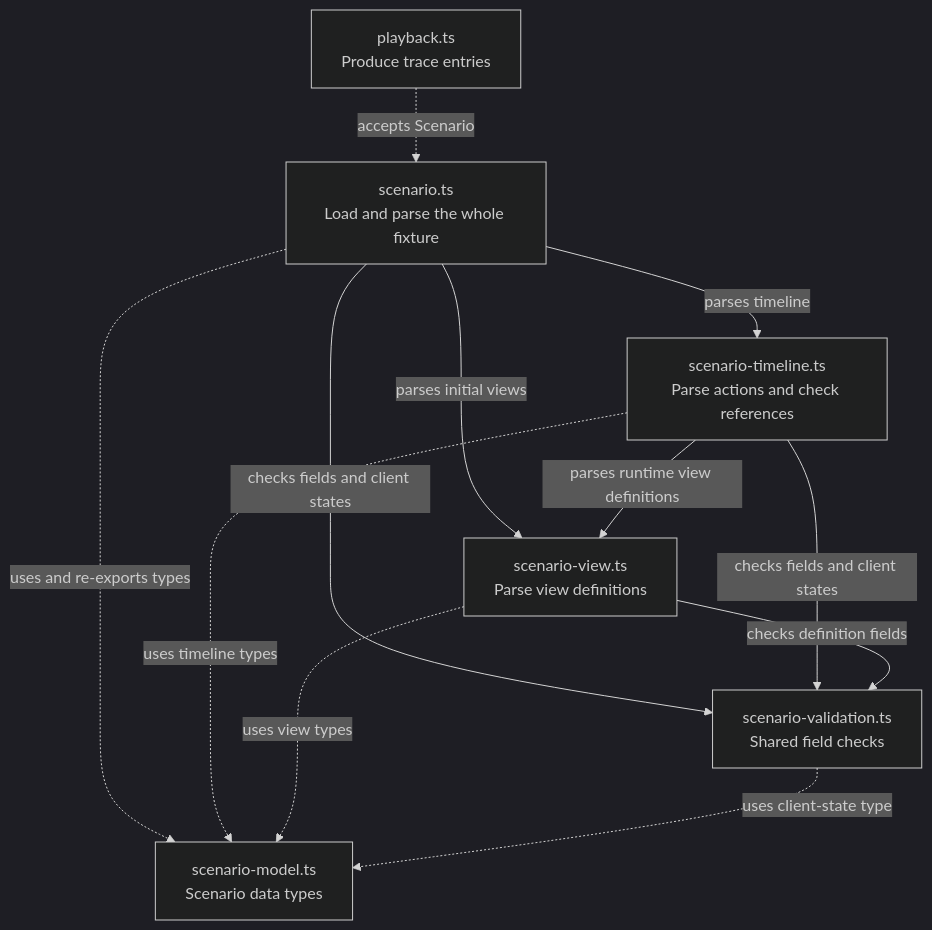
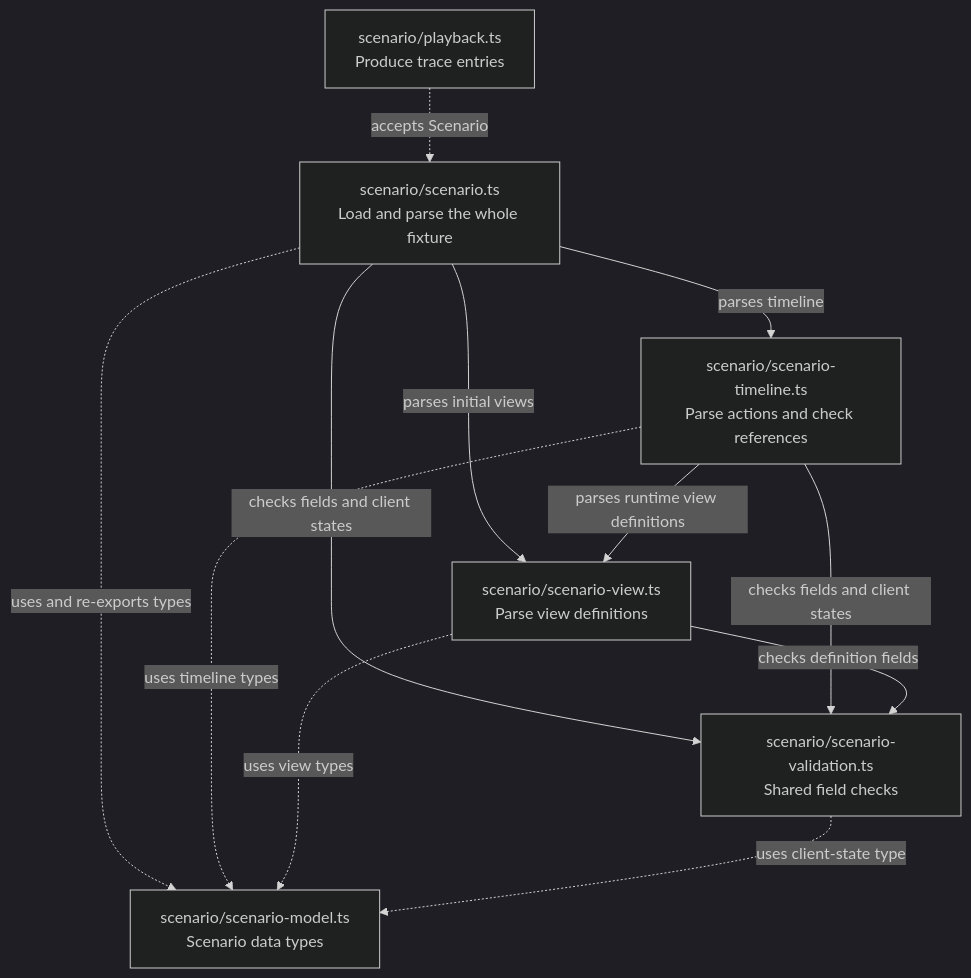
Before and after one commit to sproates/zooglass: the second of 6 diagrams in incubator/workbench/docs/source-map.md, drawn with Mermaid (dark theme). The commit also changed other lines of this file and 72 other files, not shown here.

````diff
--- a/incubator/workbench/docs/source-map.md
+++ b/incubator/workbench/docs/source-map.md
@@ -62,20 +82,20 @@
 ```mermaid
 flowchart TB
-  scenario["scenario.ts<br/>Load and parse the whole fixture"]
-  timeline["scenario-timeline.ts<br/>Parse actions and check references"]
-  view["scenario-view.ts<br/>Parse view definitions"]
-  validation["scenario-validation.ts<br/>Shared field checks"]
-  model["scenario-model.ts<br/>Scenario data types"]
-  playback["playback.ts<br/>Produce trace entries"]
+  scenario["scenario/scenario.ts<br/>Load and parse the whole fixture"]
+  timeline["scenario/scenario-timeline.ts<br/>Parse actions and check references"]
+  view["scenario/scenario-view.ts<br/>Parse view definitions"]
+  validation["scenario/scenario-validation.ts<br/>Shared field checks"]
+  model["scenario/scenario-model.ts<br/>Scenario data types"]
+  playback["scenario/playback.ts<br/>Produce trace entries"]
   scenario -->|parses timeline| timeline
   scenario -->|parses initial views| view
   scenario -->|checks fields and client states| validation
   timeline -->|parses runtime view definitions| view
   timeline -->|checks fields and client states| validation
   view -->|checks definition fields| validation
   scenario -.->|uses and re-exports types| model
   timeline -.->|uses timeline types| model
   view -.->|uses view types| model
   validation -.->|uses client-state type| model
   playback -.->|accepts Scenario| scenario
 ```
````
